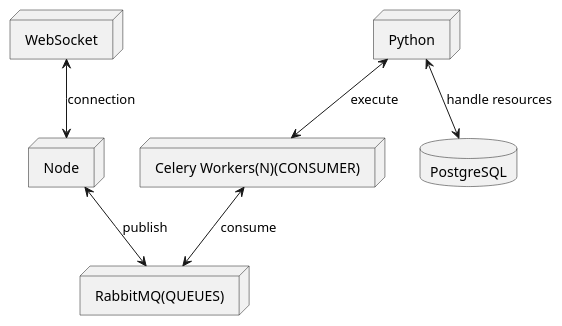
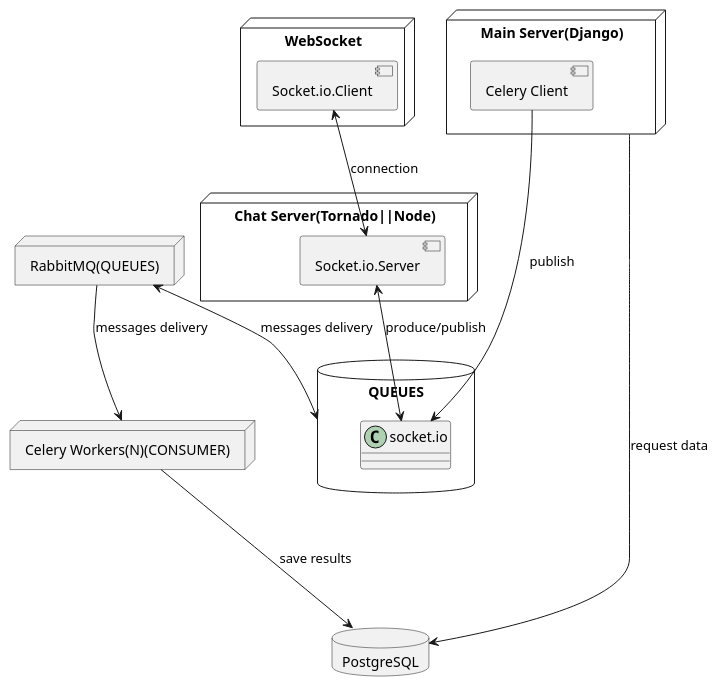
The diagram in docs/architecture.puml (IOR88/messaging-with-rabbitmq), drawn with PlantUML before and after one commit. The commit also changed 16 other files, not shown here.

First line of the commit message:
uml messaging

```diff
--- a/docs/architecture.puml
+++ b/docs/architecture.puml
@@ -1,23 +1,40 @@
 @startuml
 
-node WebSocket
+allow_mixing
 
-node Node
+node WebSocket {
+    component "Socket.io.Client" as sioc
+}
 
-node Python
-
-node "Celery Workers(N)(CONSUMER)" as cw
-
-database PostgreSQL as psql
-node "RabbitMQ(QUEUES)" as r
-
-WebSocket <--> Node : connection
-Node <--> r : publish
+node "Chat Server(Tornado||Node)" as chatserver {
+    component "Socket.io.Server" as sios
+}
+node "Main Server(Django)" as mainserver {
+    component "Celery Client" as celeryclient
+}
 
 
 
-cw <--> r : consume
-Python <--> cw : execute
-Python <--> psql : handle resources
+node "Celery Workers(N)(CONSUMER)" as celeryworkers
 
+
+node "RabbitMQ(QUEUES)" as r
+
+database QUEUES as queues {
+    class "socket.io" as sioqueue {
+
+    }
+}
+
+database PostgreSQL as psql {
+}
+
+sioc <--> sios : connection
+
+sios <--> sioqueue : produce/publish
+r <--> queues : messages delivery
+r --> celeryworkers : messages delivery
+mainserver --> psql : request data
+celeryclient ---> sioqueue : publish
+celeryworkers ---> psql: save results
 @enduml
```
